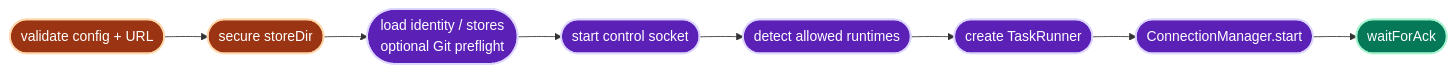
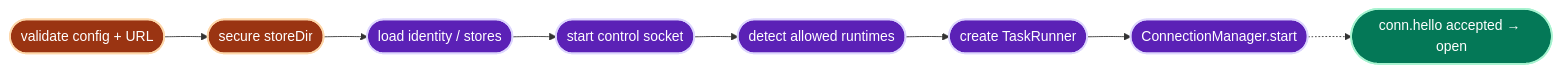
The seventh of 21 diagrams in docs/architecture/sdk-architecture.md (Ancienttwo/byok-sdk), drawn with Mermaid before and after one commit. The commit also changed other lines of this file and 430 other files, not shown here.

First line of the commit message:
feat(protocol)!: wire v4 removes the legacy offers, conn.ack and the old approval paths (#925) (#1019)

````diff
--- a/docs/architecture/sdk-architecture.md
+++ b/docs/architecture/sdk-architecture.md
@@ -657,17 +654,17 @@
 ```mermaid
 flowchart LR
   classDef stage fill:#5b21b6,stroke:#ddd6fe,stroke-width:2px,color:#fff
   classDef gate fill:#9a3412,stroke:#fed7aa,stroke-width:2px,color:#fff
   classDef done fill:#047857,stroke:#a7f3d0,stroke-width:2px,color:#fff
 
   Config(["validate config + URL"]):::gate
   Secure(["secure storeDir"]):::gate
-  Local(["load identity / stores<br/>optional Git preflight"]):::stage
+  Local(["load identity / stores"]):::stage
   Control(["start control socket"]):::stage
   Detect(["detect allowed runtimes"]):::stage
   Runner(["create TaskRunner"]):::stage
   Connect(["ConnectionManager.start"]):::stage
-  Ack(["waitForAck"]):::done
+  Open(["conn.hello accepted → open"]):::done
 
-  Config --> Secure --> Local --> Control --> Detect --> Runner --> Connect --> Ack
+  Config --> Secure --> Local --> Control --> Detect --> Runner --> Connect -.-> Open
 ```
````
